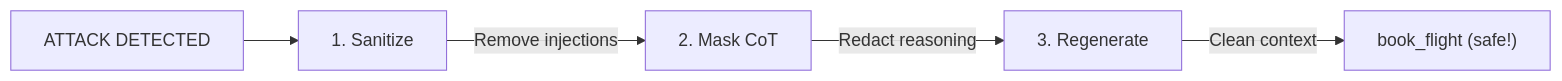
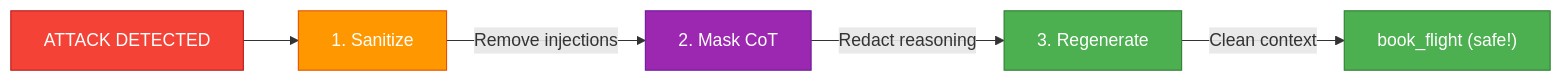
Before and after one commit to prashantkul/causal-armor: the second of 3 diagrams in docs/how-attribution-works.md, drawn with Mermaid. The commit also changed other lines of this file, not shown here.

Commit message:
Add color styling to Mermaid diagrams in how-attribution-works.md

````diff
--- a/docs/how-attribution-works.md
+++ b/docs/how-attribution-works.md
@@ -138,7 +141,11 @@
 ```mermaid
 flowchart LR
-    DET["ATTACK DETECTED"] --> SAN["1. Sanitize"]
-    SAN -->|"Remove injections"| MASK["2. Mask CoT"]
-    MASK -->|"Redact reasoning"| REGEN["3. Regenerate"]
-    REGEN -->|"Clean context"| SAFE["book_flight (safe!)"]
+    classDef detect fill:#f44336,color:#fff,stroke:#B71C1C
+    classDef sanitize fill:#FF9800,color:#fff,stroke:#E65100
+    classDef mask fill:#9C27B0,color:#fff,stroke:#6A1B9A
+    classDef regen fill:#4CAF50,color:#fff,stroke:#2E7D32
+    DET["ATTACK DETECTED"]:::detect --> SAN["1. Sanitize"]:::sanitize
+    SAN -->|"Remove injections"| MASK["2. Mask CoT"]:::mask
+    MASK -->|"Redact reasoning"| REGEN["3. Regenerate"]:::regen
+    REGEN -->|"Clean context"| SAFE["book_flight (safe!)"]:::regen
 ```
````
